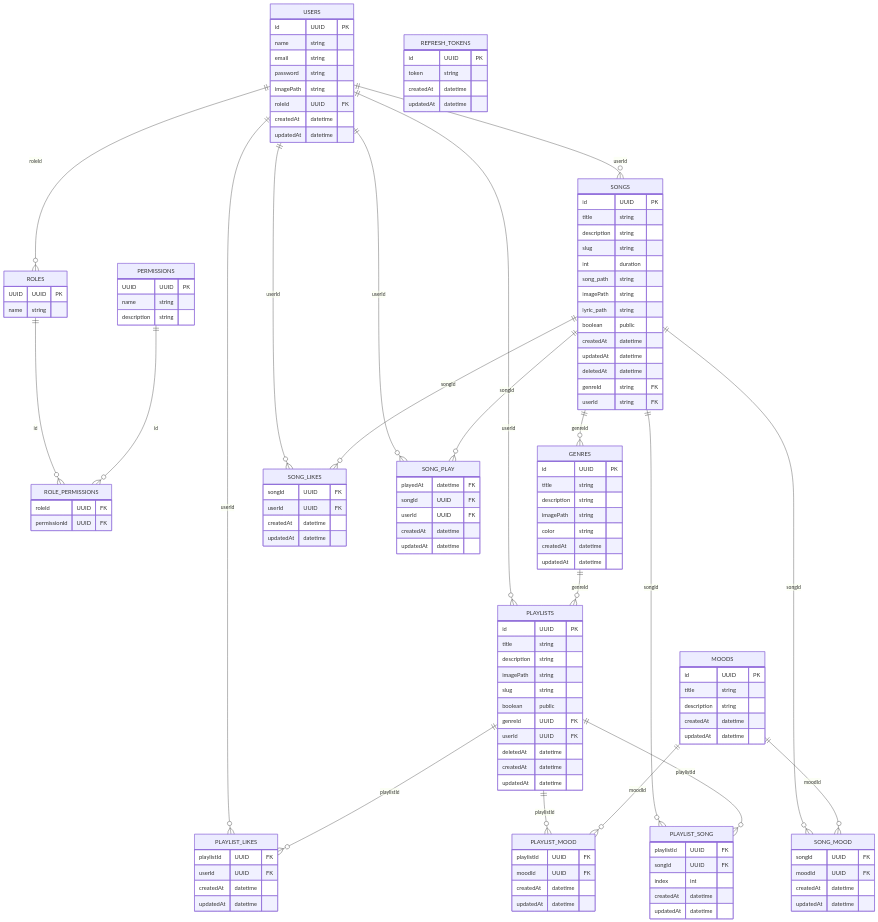
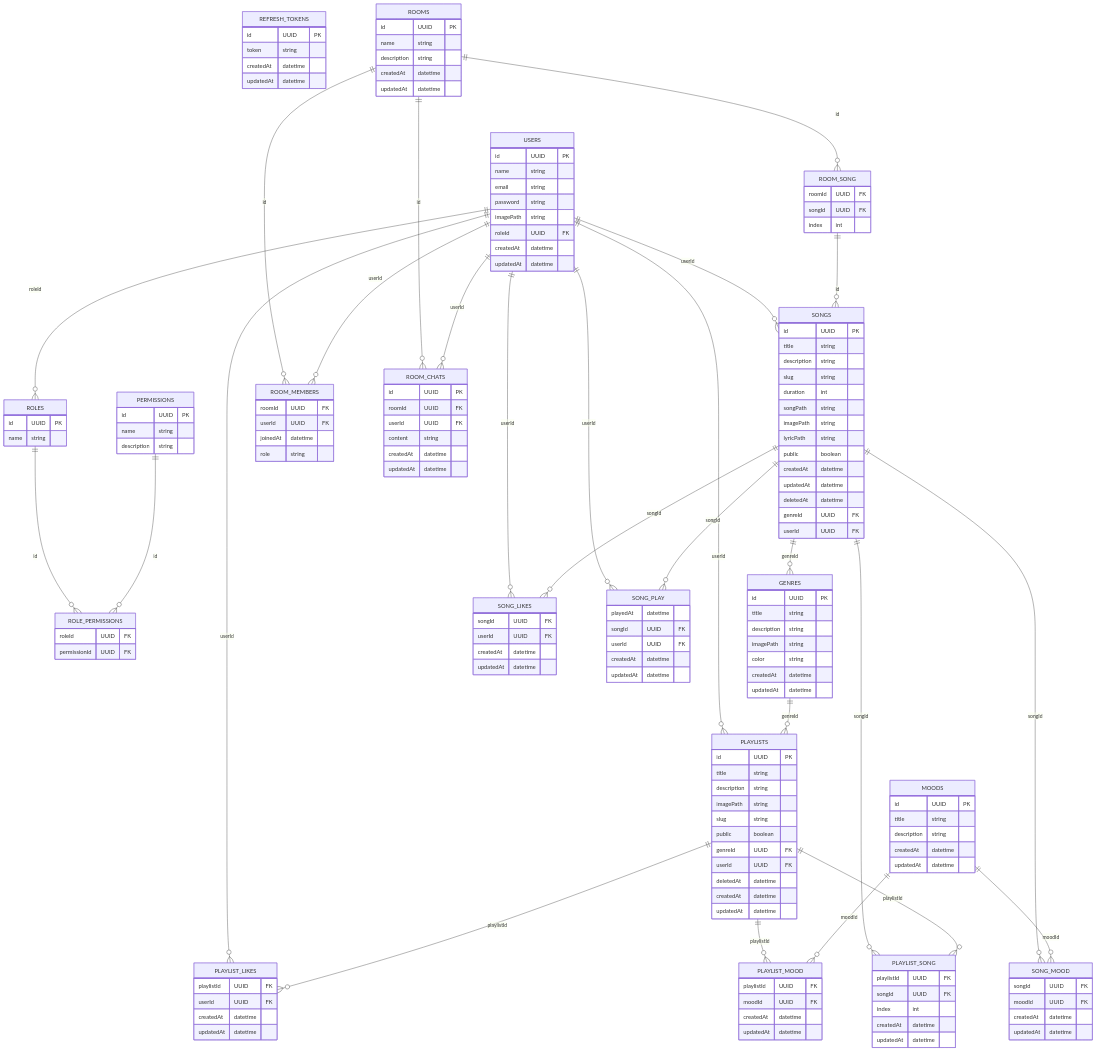
The diagram in src/mysql/Readme.md (tanmaiii/cn-da21ttb-dinhtanmai-music-vibely-nextjs), drawn with Mermaid before and after one commit. The commit also changed 6 other files, not shown here.

````diff
--- a/src/mysql/Readme.md
+++ b/src/mysql/Readme.md
@@ -13,11 +13,11 @@
         updatedAt datetime
     }
     ROLES {
-        UUID UUID PK
-        name  string
+        id UUID PK
+        name string
     }
     PERMISSIONS {
-        UUID UUID PK
+        id UUID PK
         name string
         description string
     }
@@ -31,7 +31,7 @@
         description string
         imagePath string
         slug string
-        boolean public
+        public boolean
         genreId UUID FK
         userId UUID FK
         deletedAt datetime
@@ -53,7 +53,7 @@
     PLAYLIST_SONG {
         playlistId UUID FK
         songId UUID FK
-        index int 
+        index int
         createdAt datetime
         updatedAt datetime
     }
@@ -78,16 +78,16 @@
         title string
         description string
         slug string
-        int duration
-        song_path string
+        duration int
+        songPath string
         imagePath string
-        lyric_path string
-        boolean public
+        lyricPath string
+        public boolean
         createdAt datetime
         updatedAt datetime
         deletedAt datetime
-        genreId string FK
-        userId string FK
+        genreId UUID FK
+        userId UUID FK
     }
     SONG_LIKES {
         songId UUID FK
@@ -102,7 +102,7 @@
         updatedAt datetime
     }
     SONG_PLAY {
-        playedAt datetime FK
+        playedAt datetime
         songId UUID FK
         userId UUID FK
         createdAt datetime
@@ -111,6 +111,36 @@
     REFRESH_TOKENS {
         id UUID PK
         token string
+        createdAt datetime
+        updatedAt datetime
+    }
+
+    ROOMS {
+        id UUID PK
+        name string
+        description string
+        createdAt datetime
+        updatedAt datetime
+    }
+
+    ROOM_SONG{
+        roomId UUID FK
+        songId UUID FK
+        index int
+    }
+
+    ROOM_MEMBERS {
+        roomId UUID FK
+        userId UUID FK
+        joinedAt datetime
+        role string
+    }
+
+    ROOM_CHATS {
+        id UUID PK
+        roomId UUID FK
+        userId UUID FK
+        content string
         createdAt datetime
         updatedAt datetime
     }
@@ -135,4 +165,11 @@
     PLAYLISTS ||--o{ PLAYLIST_SONG : "playlistId"
     MOODS ||--o{ PLAYLIST_MOOD : "moodId"
     MOODS ||--o{ SONG_MOOD : "moodId"
+
+    ROOMS ||--o{ ROOM_MEMBERS : "id"
+    USERS ||--o{ ROOM_MEMBERS : "userId"
+    ROOMS ||--o{ ROOM_SONG : "id"
+    ROOM_SONG ||--o{ SONGS : "id"
+    ROOMS ||--o{ ROOM_CHATS : "id"
+    USERS ||--o{ ROOM_CHATS : "userId"
 ```
````
